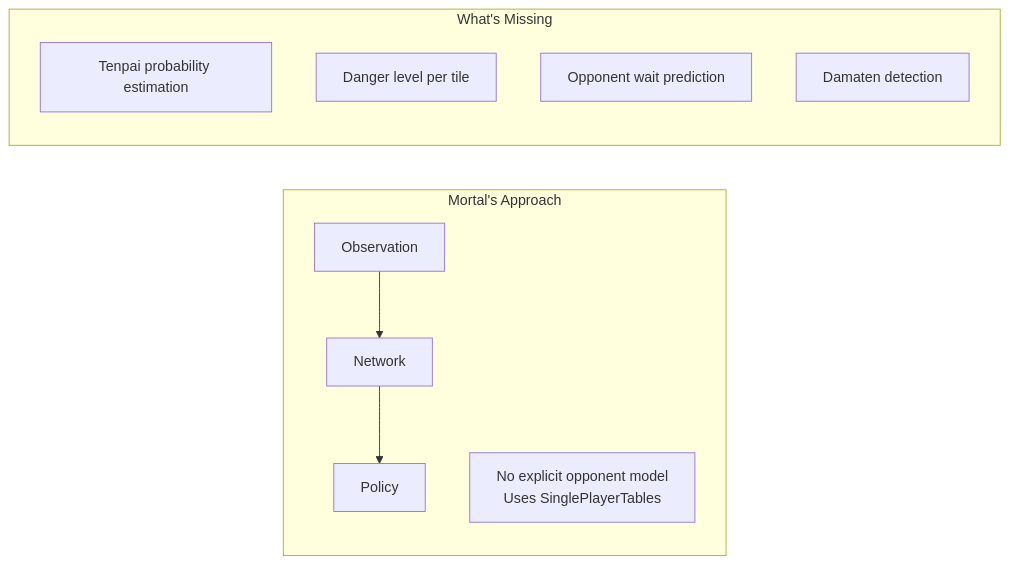
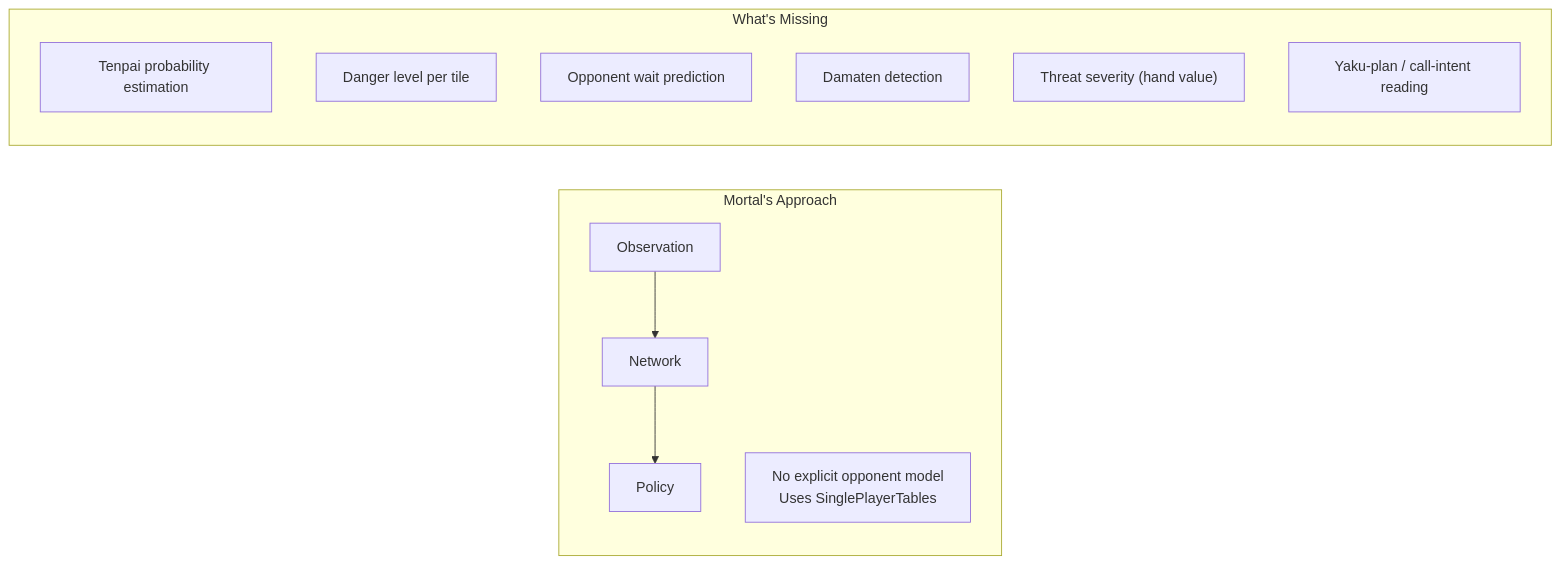
The first of 4 diagrams in research/OPPONENT_MODELING.md (NikkeTryHard/hydra), drawn with Mermaid before and after one commit. The commit also changed other lines of this file, not shown here.

First line of the commit message:
docs: add extended opponent modeling heads (wait-set, value tenpai, call-intent)

````diff
--- a/research/OPPONENT_MODELING.md
+++ b/research/OPPONENT_MODELING.md
@@ -13,15 +13,17 @@
 ```mermaid
 graph LR
     subgraph "Mortal's Approach"
         M_OBS[Observation] --> M_NET[Network]
         M_NET --> M_POL[Policy]
         M_NOTE["No explicit opponent model<br/>Uses SinglePlayerTables"]
     end
 
     subgraph "What's Missing"
         MISS1["Tenpai probability estimation"]
         MISS2["Danger level per tile"]
         MISS3["Opponent wait prediction"]
         MISS4["Damaten detection"]
+        MISS5["Threat severity (hand value)"]
+        MISS6["Yaku-plan / call-intent reading"]
     end
 ```
````
